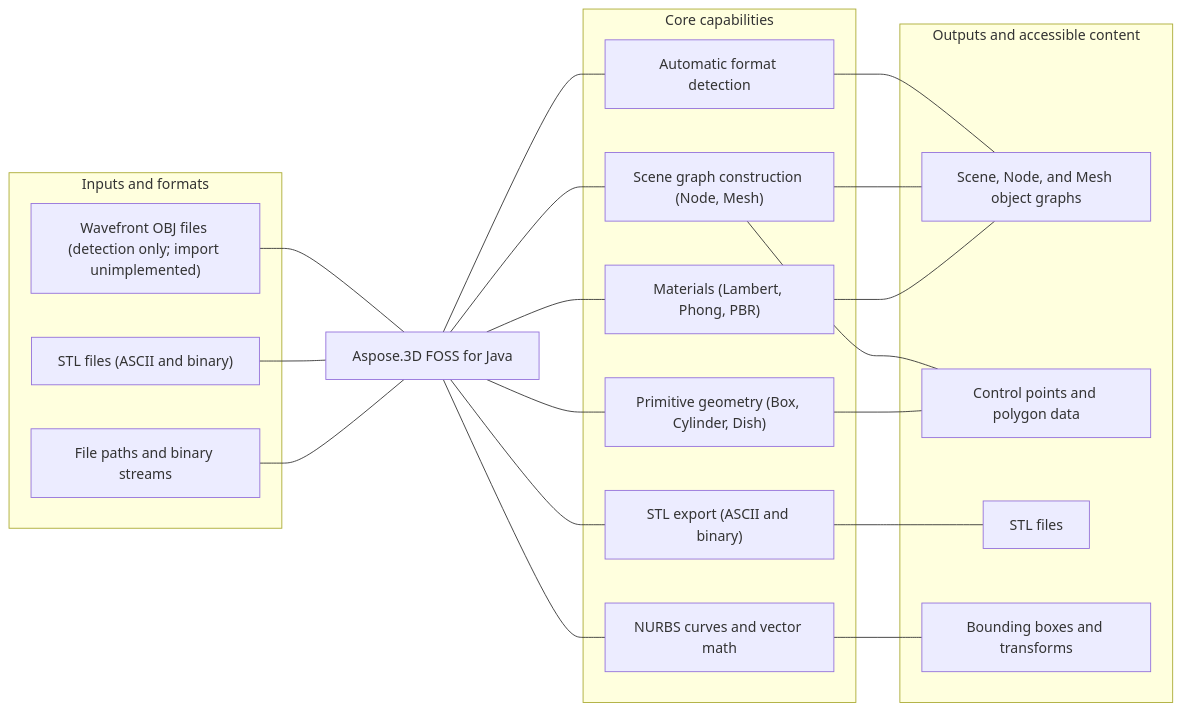
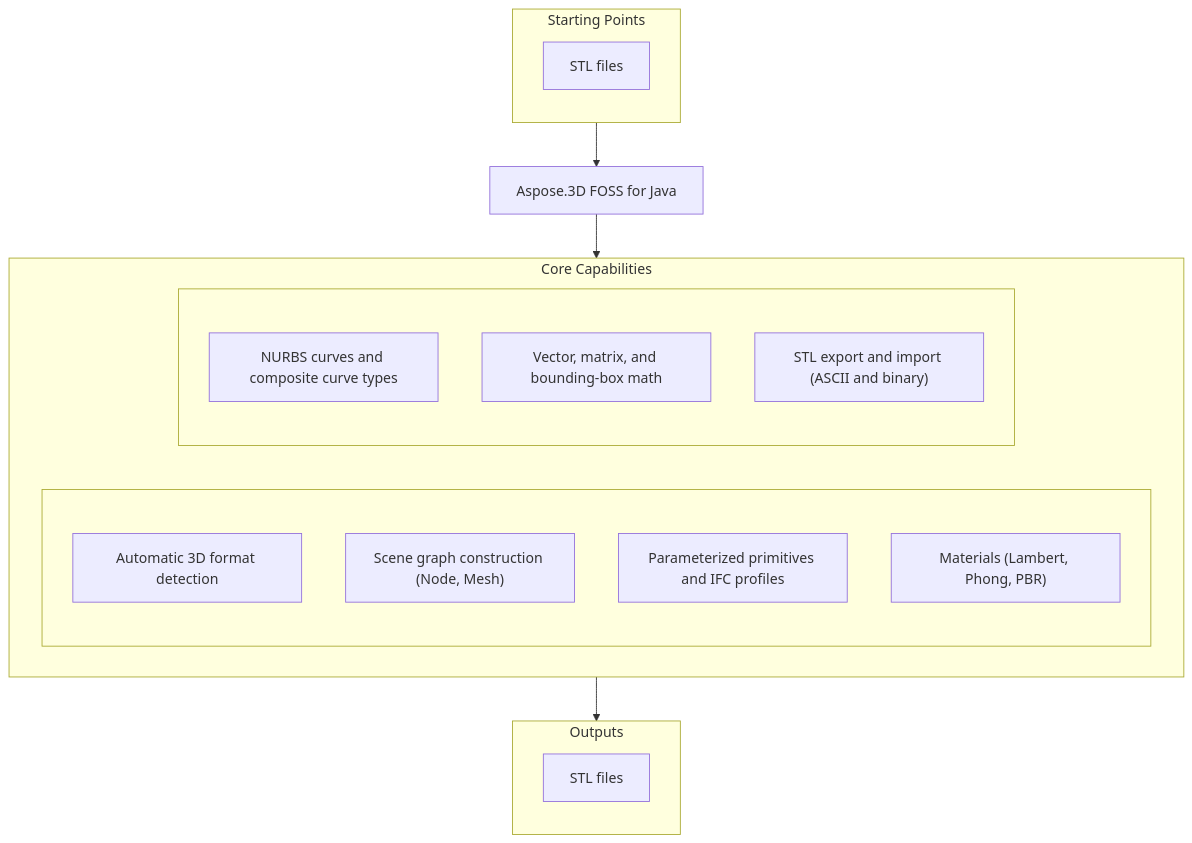
One commit to aspose-3d-foss/Aspose.3D-FOSS-for-Java changed the diagram in README.md. Above: the diagram before and after it, drawn with Mermaid. The commit also changed other lines of this file, not shown here.

````diff
--- a/README.md
+++ b/README.md
@@ -25,43 +29,29 @@
 ```mermaid
-flowchart LR
-  subgraph Inputs["Inputs and formats"]
-    I1["Wavefront OBJ files (detection only; import unimplemented)"]
-    I2["STL files (ASCII and binary)"]
-    I3["File paths and binary streams"]
+flowchart TD
+  subgraph StartingPoints["Starting Points"]
+    direction TB
+    sp1["STL files"]
   end
-
   PRODUCT["Aspose.3D FOSS for Java"]
-
-  subgraph Capabilities["Core capabilities"]
-    C1["Automatic format detection"]
-    C2["Scene graph construction (Node, Mesh)"]
-    C3["Primitive geometry (Box, Cylinder, Dish)"]
-    C4["Materials (Lambert, Phong, PBR)"]
-    C5["NURBS curves and vector math"]
-    C6["STL export (ASCII and binary)"]
+  subgraph Capabilities["Core Capabilities"]
+    direction LR
+    subgraph capl[" "]
+      direction TB
+      c1["Automatic 3D format detection"]
+      c2["Scene graph construction (Node, Mesh)"]
+      c3["Parameterized primitives and IFC profiles"]
+      c4["Materials (Lambert, Phong, PBR)"]
+    end
+    subgraph capr[" "]
+      direction TB
+      c5["NURBS curves and composite curve types"]
+      c6["Vector, matrix, and bounding-box math"]
+      c7["STL export and import (ASCII and binary)"]
+    end
   end
-
-  subgraph Outputs["Outputs and accessible content"]
-    O1["Scene, Node, and Mesh object graphs"]
-    O2["Control points and polygon data"]
-    O3["STL files"]
-    O4["Bounding boxes and transforms"]
+  subgraph Outputs["Outputs"]
+    direction TB
+    o1["STL files"]
   end
-
-  I1 --- PRODUCT
-  I2 --- PRODUCT
-  I3 --- PRODUCT
-  PRODUCT --- C1
-  PRODUCT --- C2
-  PRODUCT --- C3
-  PRODUCT --- C4
-  PRODUCT --- C5
-  PRODUCT --- C6
-  C1 --- O1
-  C2 --- O1
-  C2 --- O2
-  C3 --- O2
-  C4 --- O1
-  C5 --- O4
-  C6 --- O3
+  StartingPoints --> PRODUCT --> Capabilities --> Outputs
 ```
````
